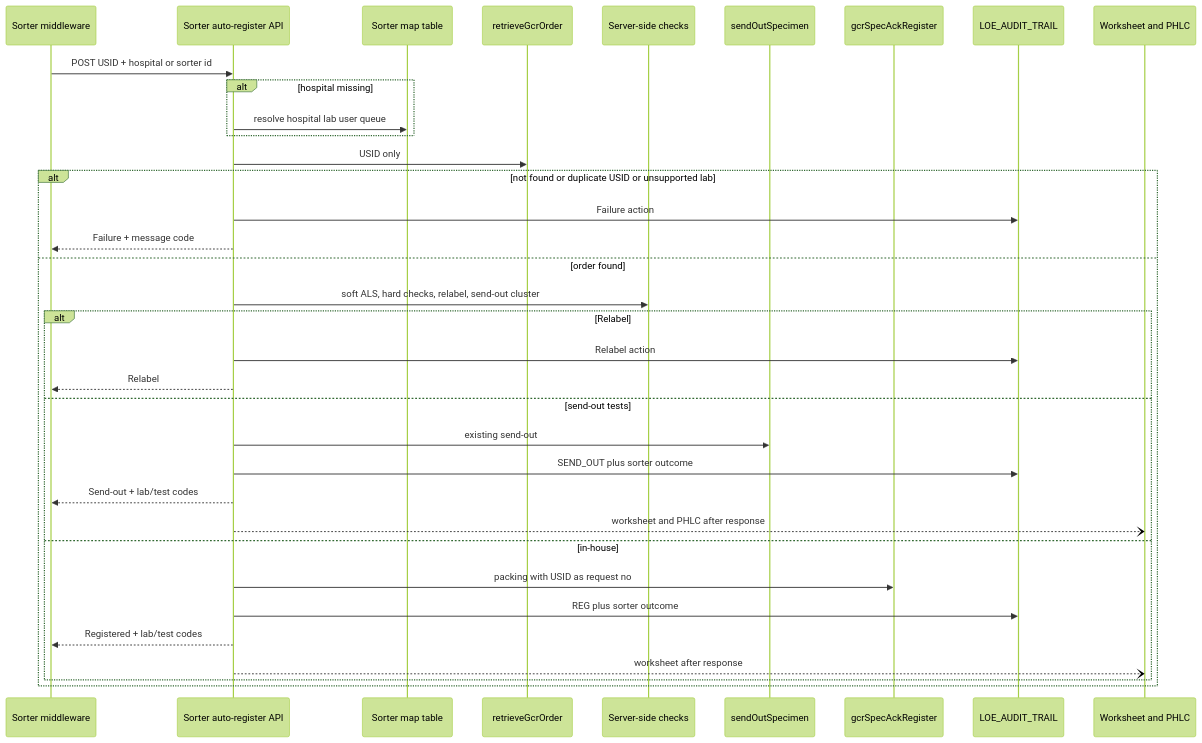
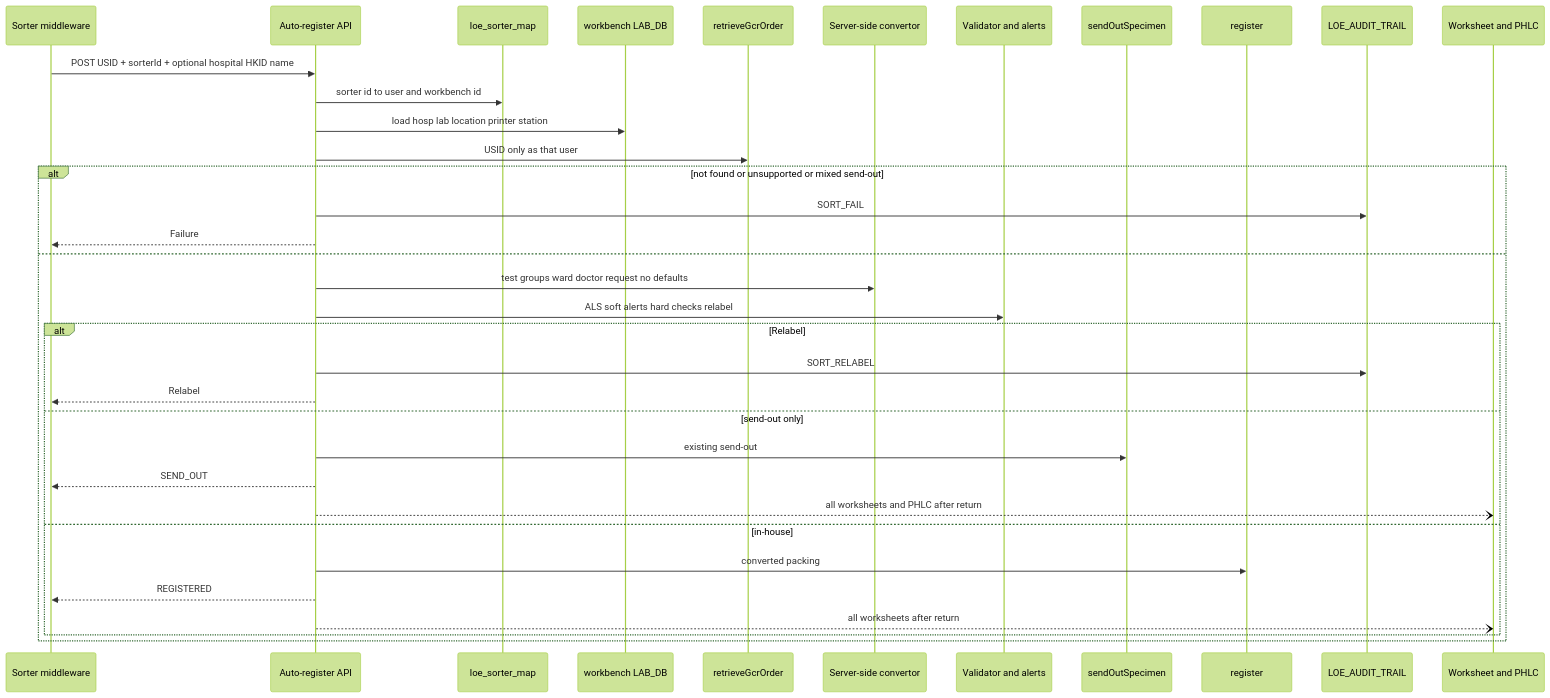
Before and after one commit to DragonChong/HA-Notes: the first of 2 diagrams in SDLC/Projects/TMP-specimen-sorter-api — Specimen Sorter API/02 System Design.md, drawn with Mermaid (forest theme). The commit also changed other lines of this file and 1 other file, not shown here.

````diff
--- a/SDLC/Projects/TMP-specimen-sorter-api — Specimen Sorter API/02 System Design.md
+++ b/SDLC/Projects/TMP-specimen-sorter-api — Specimen Sorter API/02 System Design.md
@@ -73,38 +77,38 @@
 ```mermaid
 sequenceDiagram
     participant MW as Sorter middleware
-    participant API as Sorter auto-register API
-    participant Map as Sorter map table
+    participant API as Auto-register API
+    participant Map as loe_sorter_map
+    participant WB as workbench LAB_DB
     participant Ret as retrieveGcrOrder
-    participant Val as Server-side checks
+    participant Cvt as Server-side convertor
+    participant Val as Validator and alerts
     participant SO as sendOutSpecimen
-    participant Reg as gcrSpecAckRegister
+    participant Reg as register
     participant Aud as LOE_AUDIT_TRAIL
     participant Prn as Worksheet and PHLC
 
-    MW->>API: POST USID + hospital or sorter id
-    alt hospital missing
-        API->>Map: resolve hospital lab user queue
-    end
-    API->>Ret: USID only
-    alt not found or duplicate USID or unsupported lab
-        API->>Aud: Failure action
-        API-->>MW: Failure + message code
-    else order found
-        API->>Val: soft ALS, hard checks, relabel, send-out cluster
+    MW->>API: POST USID + sorterId + optional hospital HKID name
+    API->>Map: sorter id to user and workbench id
+    API->>WB: load hosp lab location printer station
+    API->>Ret: USID only as that user
+    alt not found or unsupported or mixed send-out
+        API->>Aud: SORT_FAIL
+        API-->>MW: Failure
+    else
+        API->>Cvt: test groups ward doctor request no defaults
+        API->>Val: ALS soft alerts hard checks relabel
         alt Relabel
-            API->>Aud: Relabel action
+            API->>Aud: SORT_RELABEL
             API-->>MW: Relabel
-        else send-out tests
+        else send-out only
             API->>SO: existing send-out
-            API->>Aud: SEND_OUT plus sorter outcome
-            API-->>MW: Send-out + lab/test codes
-            API--)Prn: worksheet and PHLC after response
+            API-->>MW: SEND_OUT
+            API--)Prn: all worksheets and PHLC after return
         else in-house
-            API->>Reg: packing with USID as request no
-            API->>Aud: REG plus sorter outcome
-            API-->>MW: Registered + lab/test codes
-            API--)Prn: worksheet after response
+            API->>Reg: converted packing
+            API-->>MW: REGISTERED
+            API--)Prn: all worksheets after return
         end
     end
 ```
````
